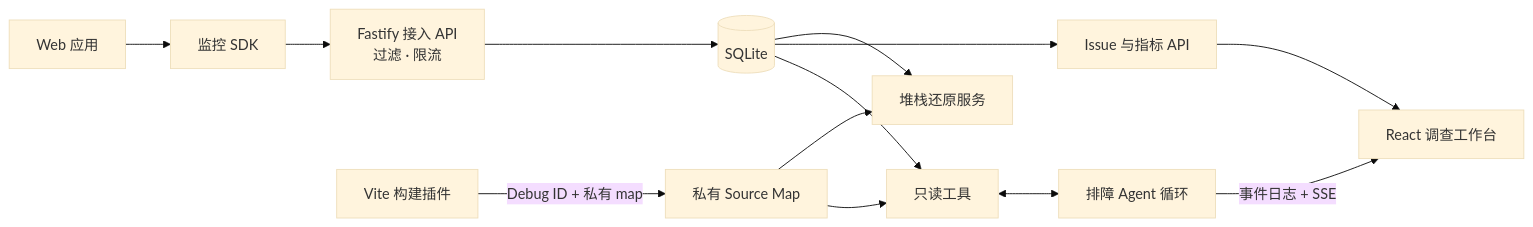
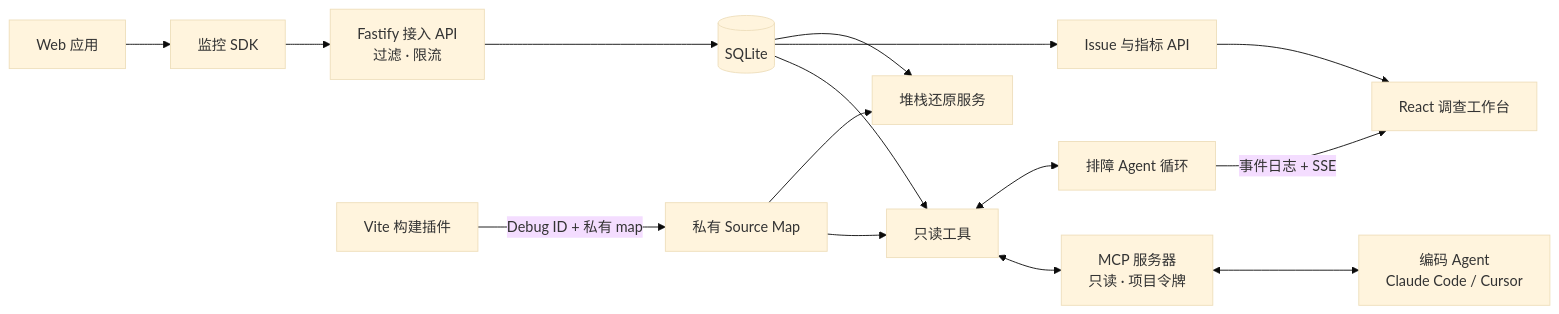
Before and after one commit to guiwzh/tracepilot: the diagram in docs/architecture.md, drawn with Mermaid (base theme). The commit also changed other lines of this file and 24 other files, not shown here.

First line of the commit message:
feat: MCP 服务器——与排障 Agent 共用工具注册表，开放给 Claude Code / Cursor

````diff
--- a/docs/architecture.md
+++ b/docs/architecture.md
@@ -5,15 +5,17 @@
 ```mermaid
 flowchart LR
   Web[Web 应用] --> SDK[监控 SDK]
   SDK --> Ingest[Fastify 接入 API<br/>过滤 · 限流]
   Ingest --> SQLite[(SQLite)]
   Build[Vite 构建插件] -- Debug ID + 私有 map --> Maps[私有 Source Map]
   Maps --> Symbolicator[堆栈还原服务]
   SQLite --> Symbolicator
   SQLite --> Query[Issue 与指标 API]
   Query --> Dashboard[React 调查工作台]
   SQLite --> Tools[只读工具]
   Maps --> Tools
   Tools <--> Agent[排障 Agent 循环]
   Agent -- 事件日志 + SSE --> Dashboard
+  Tools <--> MCP[MCP 服务器<br/>只读 · 项目令牌]
+  MCP <--> Coder[编码 Agent<br/>Claude Code / Cursor]
 ```
````
